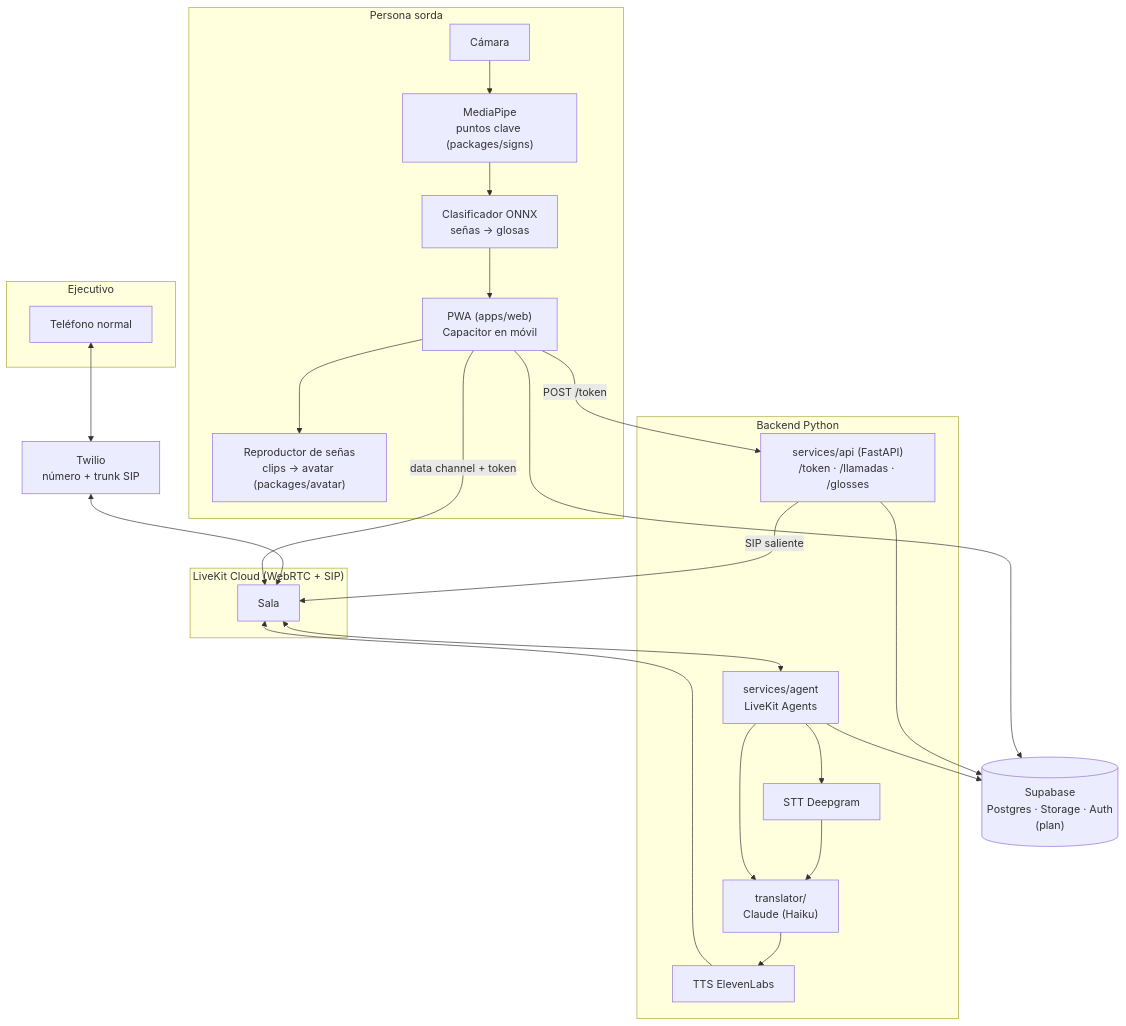
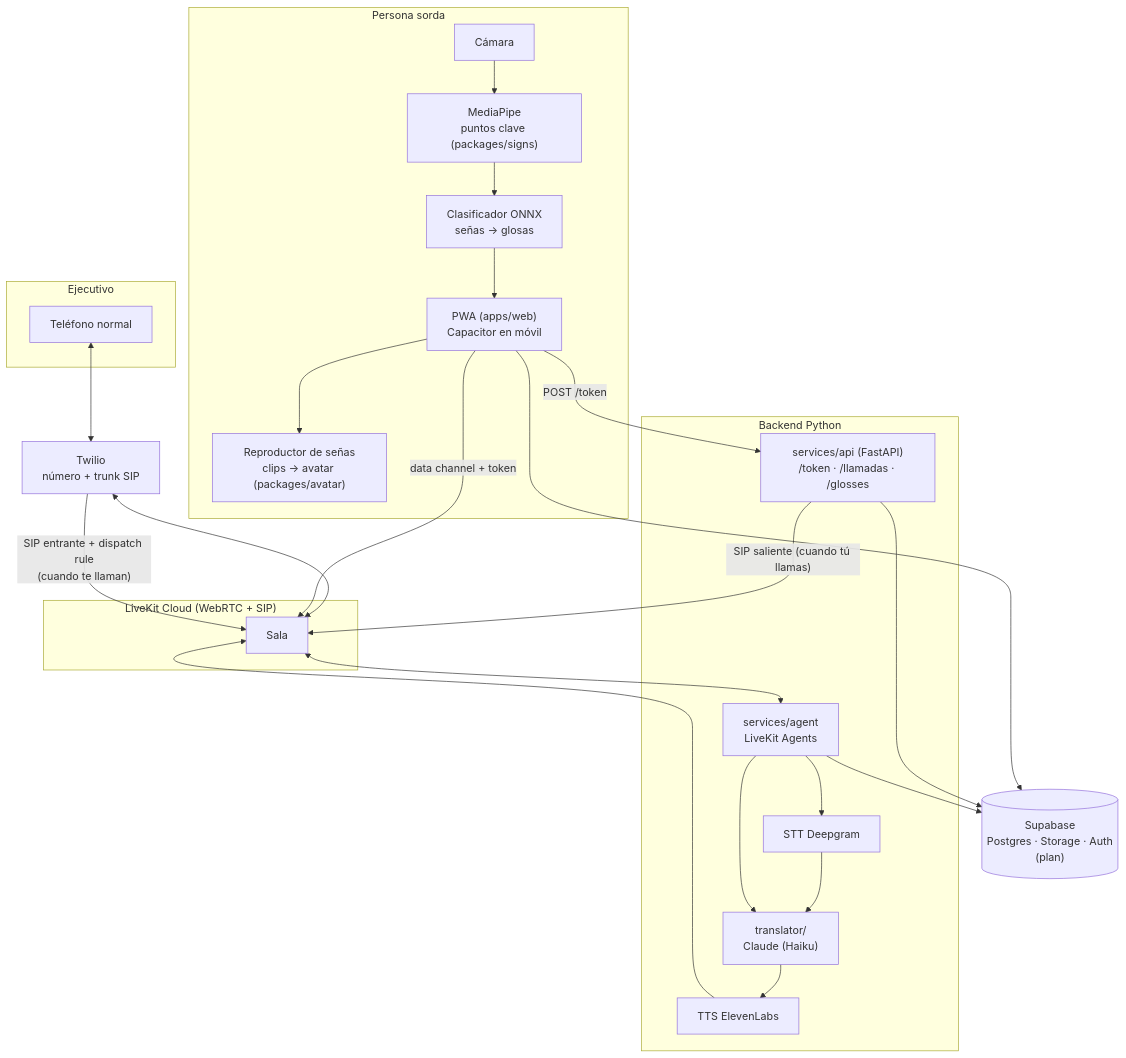
One commit to platanus-hack/platanus-hack-26-cl-team-12 changed the first of 4 diagrams in docs/ARQUITECTURA.md. Above: the diagram before and after it, drawn with Mermaid. The commit also changed other lines of this file and 2 other files, not shown here.

Commit message:
docs: flujo de llamada entrante (diagrama de secuencia y trunk/dispatch rule)

````diff
--- a/docs/ARQUITECTURA.md
+++ b/docs/ARQUITECTURA.md
@@ -33,41 +33,42 @@
 ```mermaid
 graph TD
     subgraph Persona sorda
         PWA["PWA (apps/web)<br/>Capacitor en móvil"]
         Cam["Cámara"] --> MP["MediaPipe<br/>puntos clave (packages/signs)"]
         MP --> Clf["Clasificador ONNX<br/>señas → glosas"]
         Clf --> PWA
         PWA --> Player["Reproductor de señas<br/>clips → avatar (packages/avatar)"]
     end
 
     subgraph Ejecutivo
         Tel["Teléfono normal"]
     end
 
     subgraph LiveKit["LiveKit Cloud (WebRTC + SIP)"]
         Room["Sala"]
     end
 
     Twilio["Twilio<br/>número + trunk SIP"]
 
     subgraph Backend["Backend Python"]
         API["services/api (FastAPI)<br/>/token · /llamadas · /glosses"]
         Agent["services/agent<br/>LiveKit Agents"]
         Trad["translator/<br/>Claude (Haiku)"]
         STT["STT Deepgram"]
         TTS["TTS ElevenLabs"]
     end
 
     DB[("Supabase<br/>Postgres · Storage · Auth<br/>(plan)")]
 
     Tel <--> Twilio <--> Room
     PWA -- "data channel + token" --> Room
     PWA -- "POST /token" --> API
-    API -- "SIP saliente" --> Room
+    API -- "SIP saliente (cuando tú llamas)" --> Room
+    Twilio -- "SIP entrante + dispatch rule<br/>(cuando te llaman)" --> Room
     Room <--> Agent
     Agent --> STT --> Trad
     Agent --> Trad --> TTS --> Room
     API --> DB
     Agent --> DB
     PWA --> DB
 ```
````
